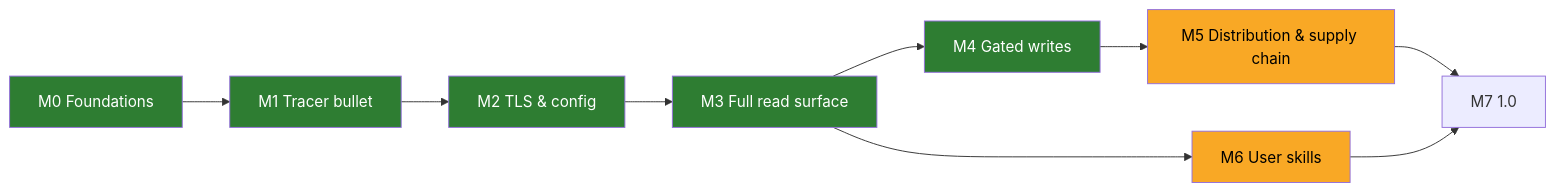
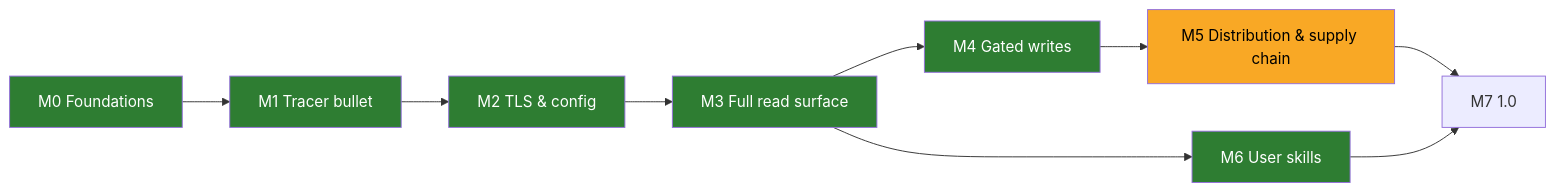
Before and after one commit to rodrigorjsf/langfuse-api-mcp: the diagram in ROADMAP.md, drawn with Mermaid. The commit also changed other lines of this file and 5 other files, not shown here.

````diff
--- a/ROADMAP.md
+++ b/ROADMAP.md
@@ -5,15 +5,15 @@
 ```mermaid
 flowchart LR
   M0[M0 Foundations] --> M1[M1 Tracer bullet]
   M1 --> M2[M2 TLS & config]
   M2 --> M3[M3 Full read surface]
   M3 --> M4[M4 Gated writes]
   M4 --> M5[M5 Distribution & supply chain]
   M3 --> M6[M6 User skills]
   M5 --> M7[M7 1.0]
   M6 --> M7
   classDef done fill:#2e7d32,color:#fff;
   classDef next fill:#f9a825,color:#000;
-  class M0,M1,M2,M3,M4 done;
-  class M5,M6 next;
+  class M0,M1,M2,M3,M4,M6 done;
+  class M5 next;
 ```
````
